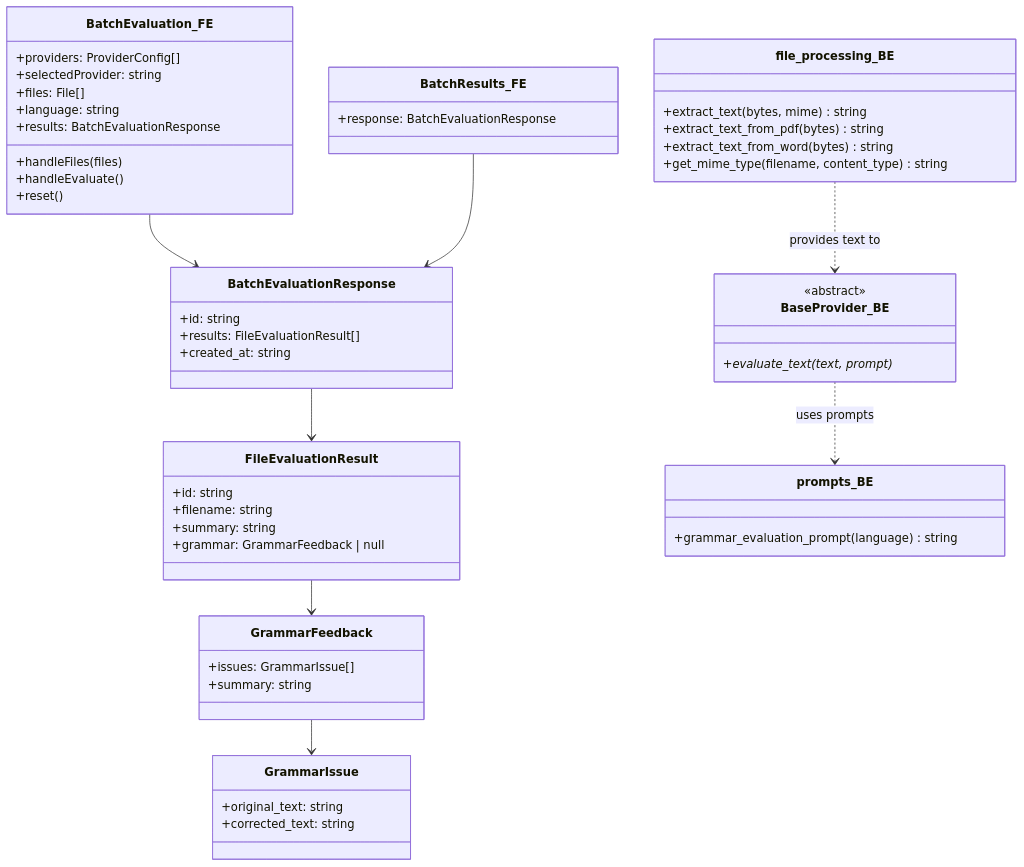
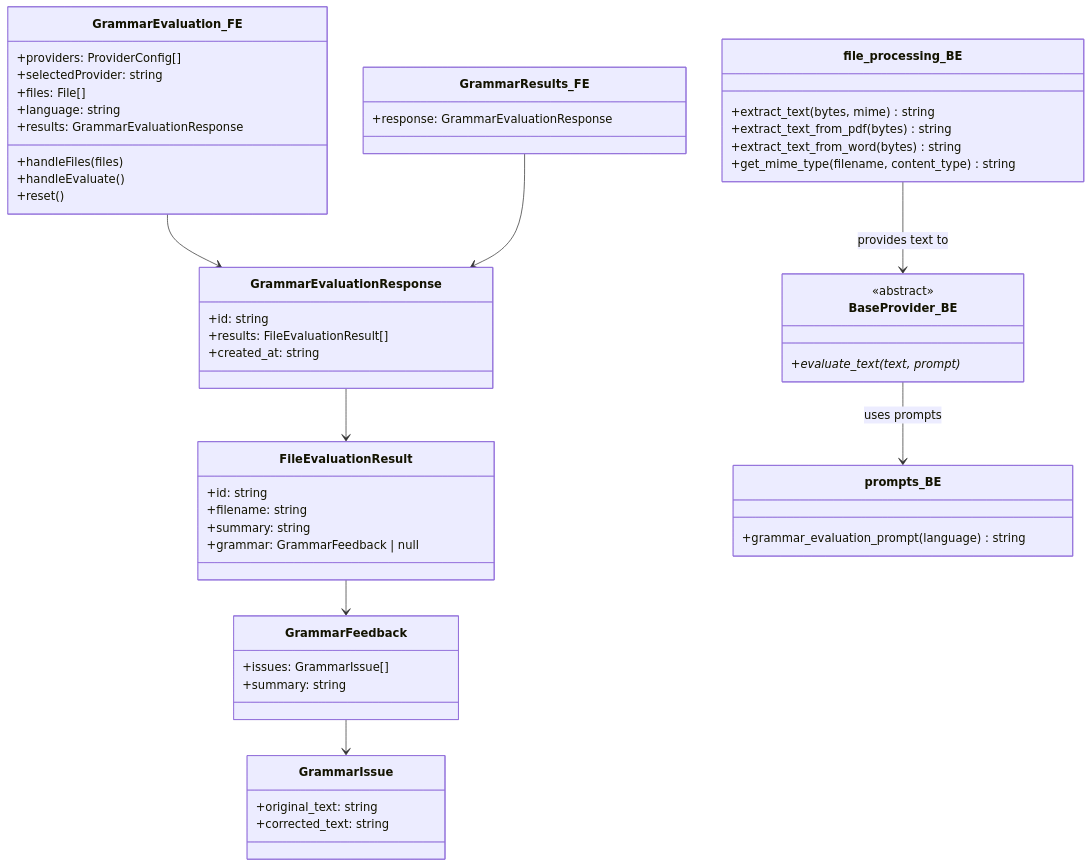
Before and after one commit to franciscosuca/exan: the fifth of 6 diagrams in docs/ARCHITECTURE.md, drawn with Mermaid. The commit also changed other lines of this file and 34 other files, not shown here.

````diff
--- a/docs/ARCHITECTURE.md
+++ b/docs/ARCHITECTURE.md
@@ -344,66 +344,66 @@
 ```mermaid
 classDiagram
     direction TB
 
-    class BatchEvaluation_FE {
+    class GrammarEvaluation_FE {
         +providers: ProviderConfig[]
         +selectedProvider: string
         +files: File[]
         +language: string
-        +results: BatchEvaluationResponse
+        +results: GrammarEvaluationResponse
         +handleFiles(files)
         +handleEvaluate()
         +reset()
     }
 
-    class BatchEvaluationResponse {
+    class GrammarEvaluationResponse {
         +id: string
         +results: FileEvaluationResult[]
         +created_at: string
     }
 
     class FileEvaluationResult {
         +id: string
         +filename: string
         +summary: string
         +grammar: GrammarFeedback | null
     }
 
     class GrammarFeedback {
         +issues: GrammarIssue[]
         +summary: string
     }
 
     class GrammarIssue {
         +original_text: string
         +corrected_text: string
     }
 
-    class BatchResults_FE {
-        +response: BatchEvaluationResponse
+    class GrammarResults_FE {
+        +response: GrammarEvaluationResponse
     }
 
     class BaseProvider_BE {
         <<abstract>>
         +evaluate_text(text, prompt)*
     }
 
     class file_processing_BE {
         +extract_text(bytes, mime) string
         +extract_text_from_pdf(bytes) string
         +extract_text_from_word(bytes) string
         +get_mime_type(filename, content_type) string
     }
 
     class prompts_BE {
         +grammar_evaluation_prompt(language) string
     }
 
-    BatchEvaluation_FE --> BatchEvaluationResponse
-    BatchEvaluationResponse --> FileEvaluationResult
+    GrammarEvaluation_FE --> GrammarEvaluationResponse
+    GrammarEvaluationResponse --> FileEvaluationResult
     FileEvaluationResult --> GrammarFeedback
     GrammarFeedback --> GrammarIssue
-    BatchResults_FE --> BatchEvaluationResponse
-    BaseProvider_BE ..> prompts_BE : uses prompts
-    file_processing_BE ..> BaseProvider_BE : provides text to
+    GrammarResults_FE --> GrammarEvaluationResponse
+    BaseProvider_BE --> prompts_BE : uses prompts
+    file_processing_BE --> BaseProvider_BE : provides text to
 ```
````
